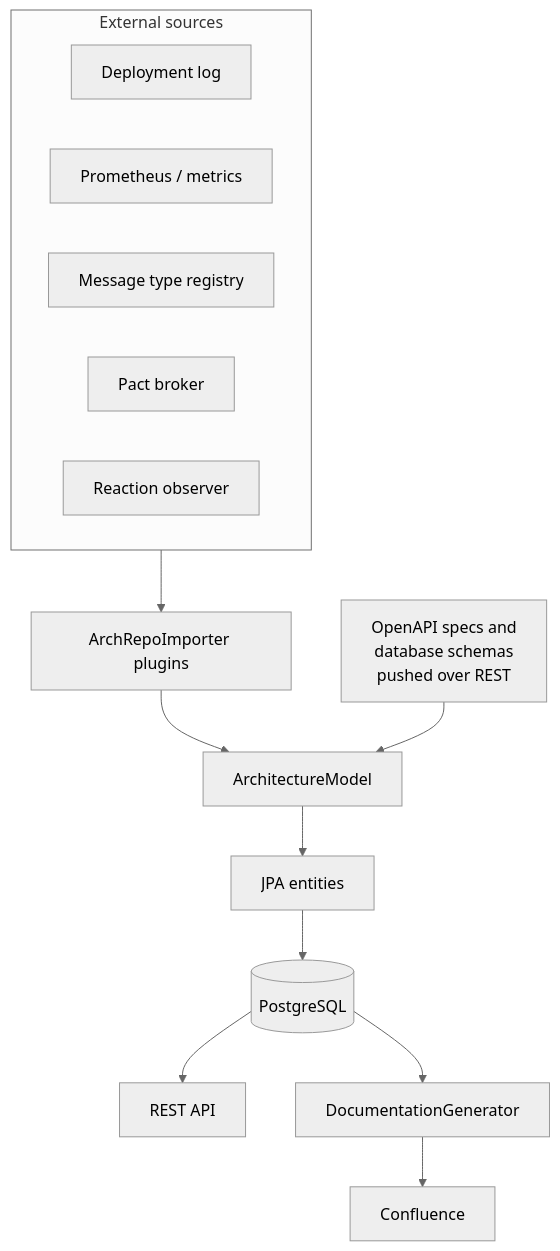
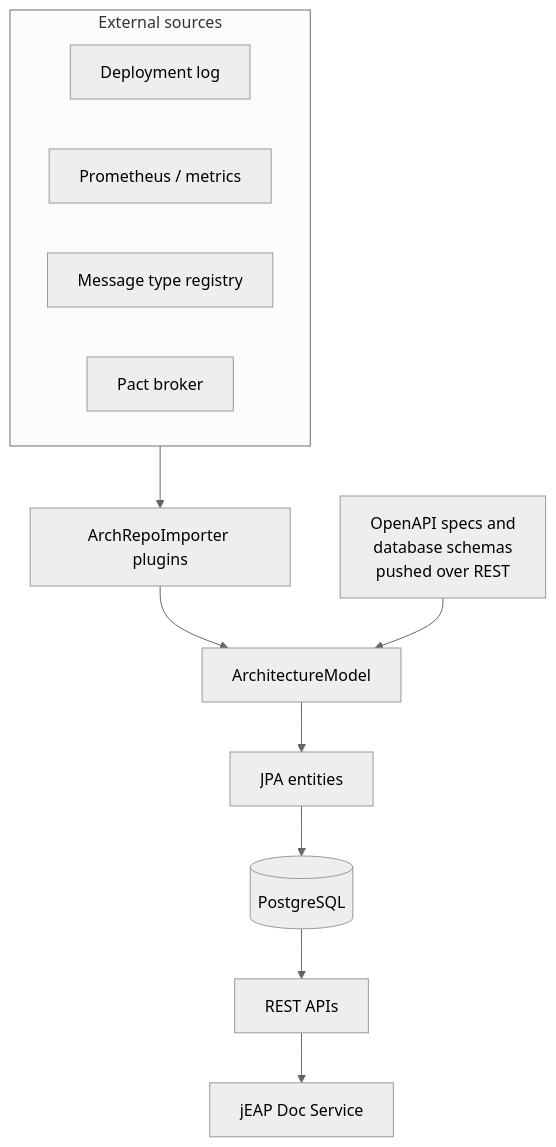
The diagram in docs/architecture.md (jeap-admin-ch/jeap-archrepo-service), drawn with Mermaid (neutral theme) before and after one commit. The commit also changed other lines of this file and 158 other files, not shown here.

Commit message:
JEAP-7408: remove confluence export and reaction observer import

````diff
--- a/docs/architecture.md
+++ b/docs/architecture.md
@@ -6,18 +7,16 @@
 ```mermaid
 flowchart TB
     subgraph sources["External sources"]
         DL["Deployment log"]
         PM["Prometheus / metrics"]
         MTR["Message type registry"]
         PB["Pact broker"]
-        RO["Reaction observer"]
     end
     sources --> IMP["ArchRepoImporter plugins"]
     IMP --> MODEL["ArchitectureModel"]
     PUSH["OpenAPI specs and<br/>database schemas<br/>pushed over REST"] --> MODEL
     MODEL --> JPA["JPA entities"]
     JPA --> PG[("PostgreSQL")]
-    PG --> REST["REST API"]
-    PG --> DOC["DocumentationGenerator"]
-    DOC --> CONF["Confluence"]
+    PG --> REST["REST APIs"]
+    REST --> DOC["jEAP Doc Service"]
 ```
````
